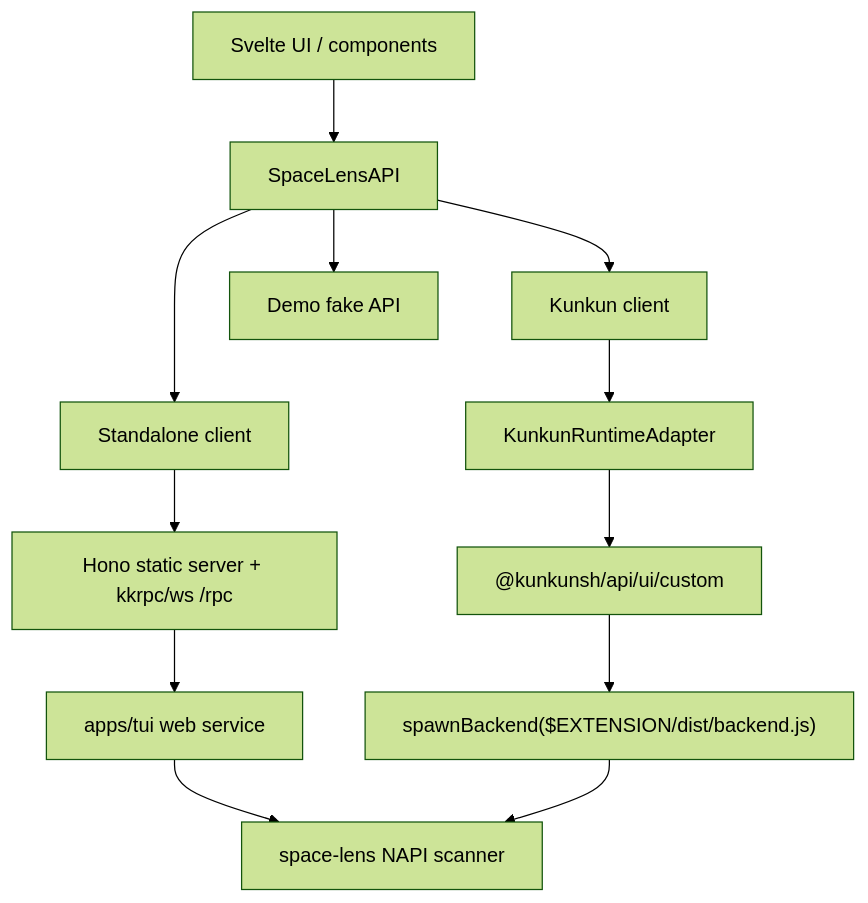
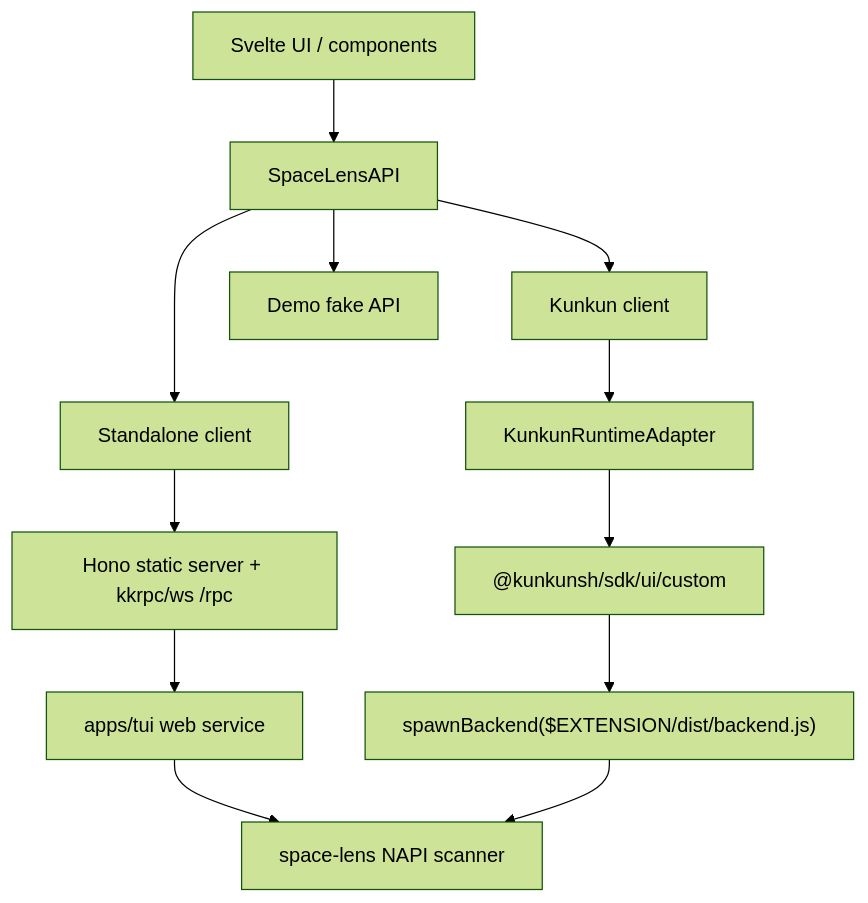
One commit to HuakunShen/space-lens changed the first of 3 diagrams in README.md. Above: the diagram before and after it, drawn with Mermaid (forest theme). The commit also changed other lines of this file and 11 other files, not shown here.

````diff
--- a/README.md
+++ b/README.md
@@ -107,17 +107,17 @@
 ```mermaid
 flowchart TD
   UI["Svelte UI / components"] --> API["SpaceLensAPI"]
 
   API --> Standalone["Standalone client"]
   Standalone --> WS["Hono static server + kkrpc/ws /rpc"]
   WS --> TUI["apps/tui web service"]
   TUI --> Scanner["space-lens NAPI scanner"]
 
   API --> Kunkun["Kunkun client"]
   Kunkun --> Adapter["KunkunRuntimeAdapter"]
-  Adapter --> Host["@kunkunsh/api/ui/custom"]
+  Adapter --> Host["@kunkunsh/sdk/ui/custom"]
   Host --> Backend["spawnBackend($EXTENSION/dist/backend.js)"]
   Backend --> Scanner
 
   API --> Demo["Demo fake API"]
 ```
````
